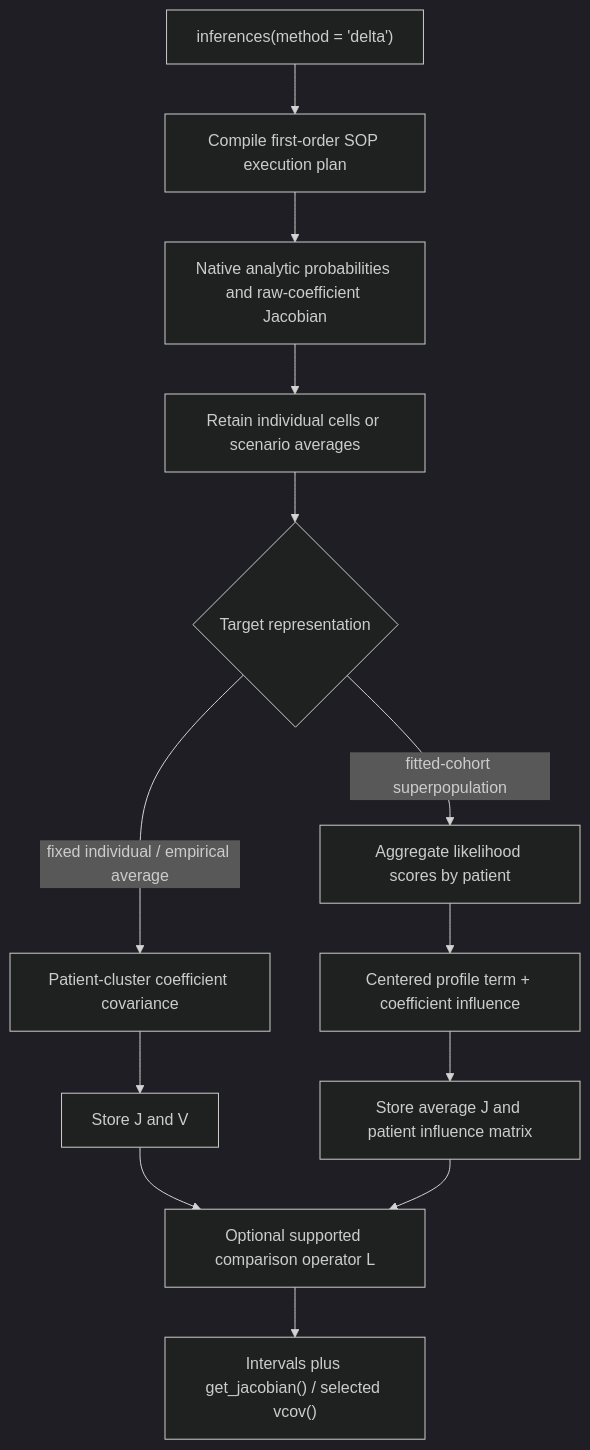
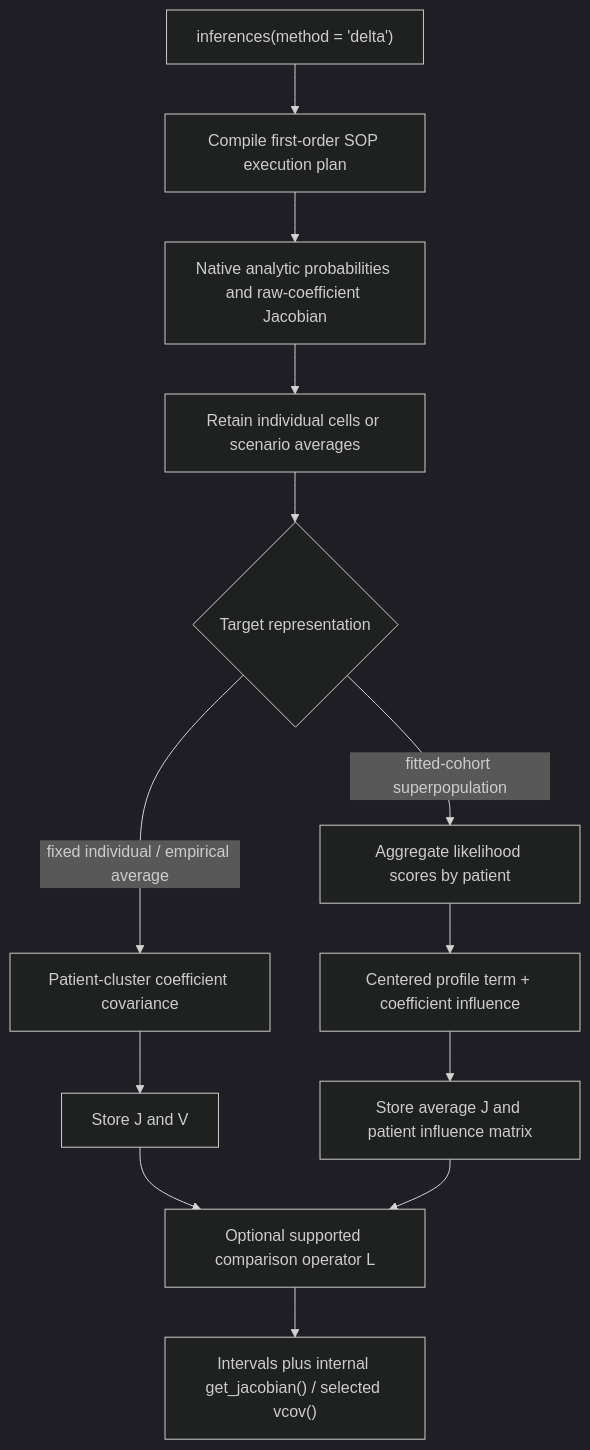
One commit to scjohannes/markov.misc changed the fifth of 7 diagrams in ARCHITECTURE.md. Above: the diagram before and after it, drawn with Mermaid (dark theme). The commit also changed other lines of this file and 12 other files, not shown here.

Commit message:
// Keep analytical Jacobian inspection internal (ACI-12)

````diff
--- a/ARCHITECTURE.md
+++ b/ARCHITECTURE.md
@@ -502,15 +502,15 @@
 ```mermaid
 flowchart TD
   ENTRY["inferences(method = 'delta')"] --> PLAN["Compile first-order SOP execution plan"]
   PLAN --> CORE["Native analytic probabilities and raw-coefficient Jacobian"]
   CORE --> REDUCE["Retain individual cells or scenario averages"]
   REDUCE --> EMP{"Target representation"}
   EMP -- "fixed individual / empirical average" --> COV["Patient-cluster coefficient covariance"]
   COV --> COEF["Store J and V"]
   EMP -- "fitted-cohort superpopulation" --> SCORE["Aggregate likelihood scores by patient"]
   SCORE --> IF["Centered profile term + coefficient influence"]
   IF --> INFL["Store average J and patient influence matrix"]
   COEF --> OP["Optional supported comparison operator L"]
   INFL --> OP
-  OP --> RESULT["Intervals plus get_jacobian() / selected vcov()"]
+  OP --> RESULT["Intervals plus internal get_jacobian() / selected vcov()"]
 ```
````
